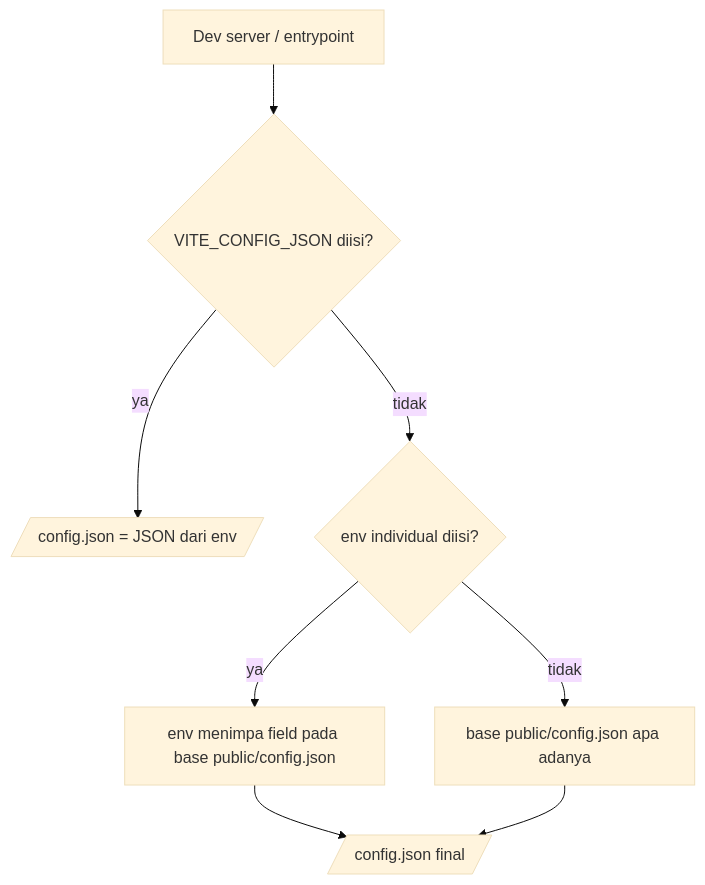
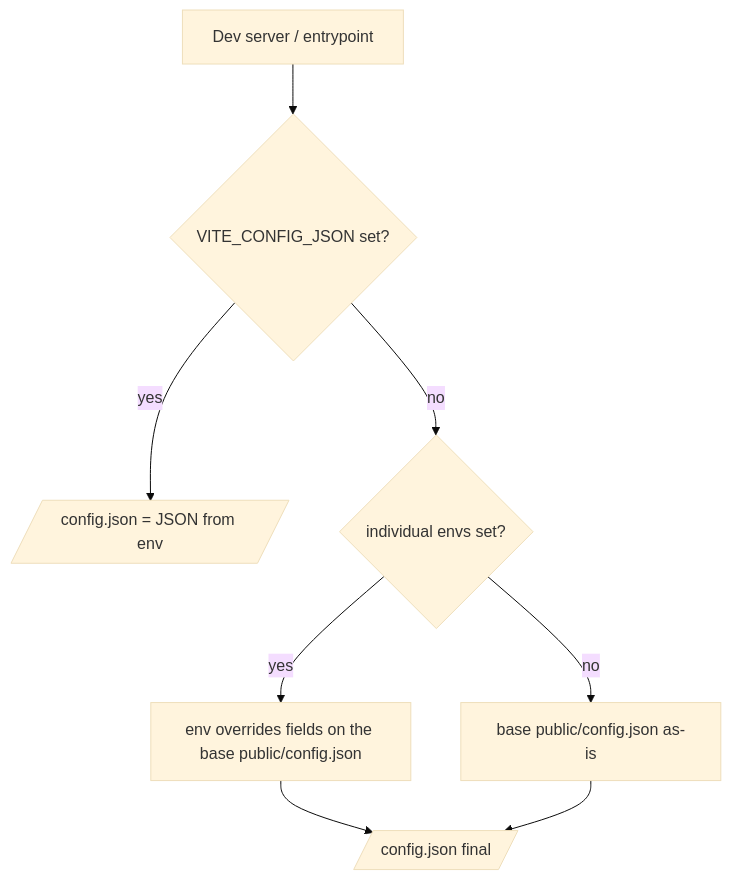
The fourth of 7 diagrams in docs/ARCHITECTURE.en.md (satriolangit/modular-web-sample), drawn with Mermaid (base theme) before and after one commit. The commit also changed other lines of this file and 7 other files, not shown here.

````diff
--- a/docs/ARCHITECTURE.en.md
+++ b/docs/ARCHITECTURE.en.md
@@ -507,10 +507,10 @@
 ```mermaid
 flowchart TD
-    A[Dev server / entrypoint] --> B{VITE_CONFIG_JSON diisi?}
-    B -->|ya| C[/config.json = JSON dari env/]
-    B -->|tidak| D{env individual diisi?}
-    D -->|ya| E[env menimpa field pada base public/config.json]
-    D -->|tidak| F[base public/config.json apa adanya]
+    A[Dev server / entrypoint] --> B{VITE_CONFIG_JSON set?}
+    B -->|yes| C[/config.json = JSON from env/]
+    B -->|no| D{individual envs set?}
+    D -->|yes| E[env overrides fields on the base public/config.json]
+    D -->|no| F[base public/config.json as-is]
     E --> G[/config.json final/]
     F --> G
 ```
````
